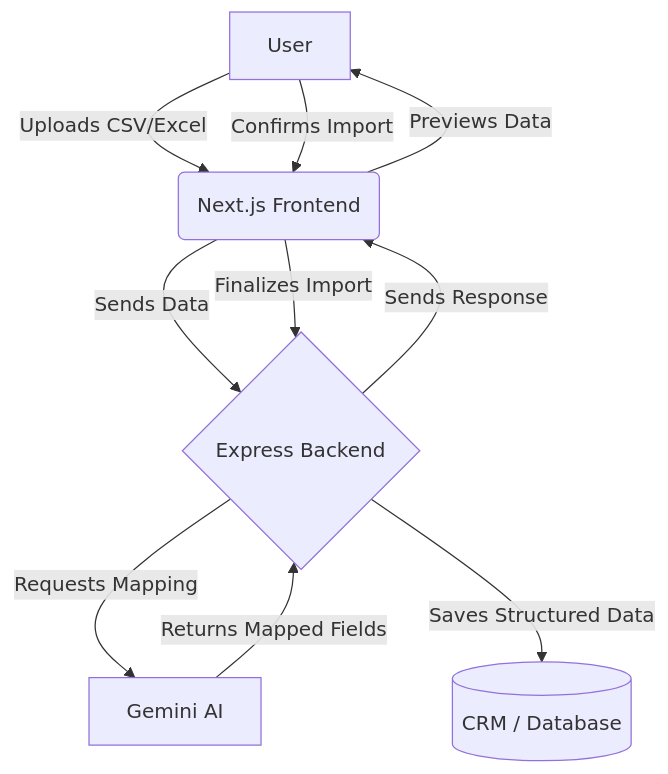
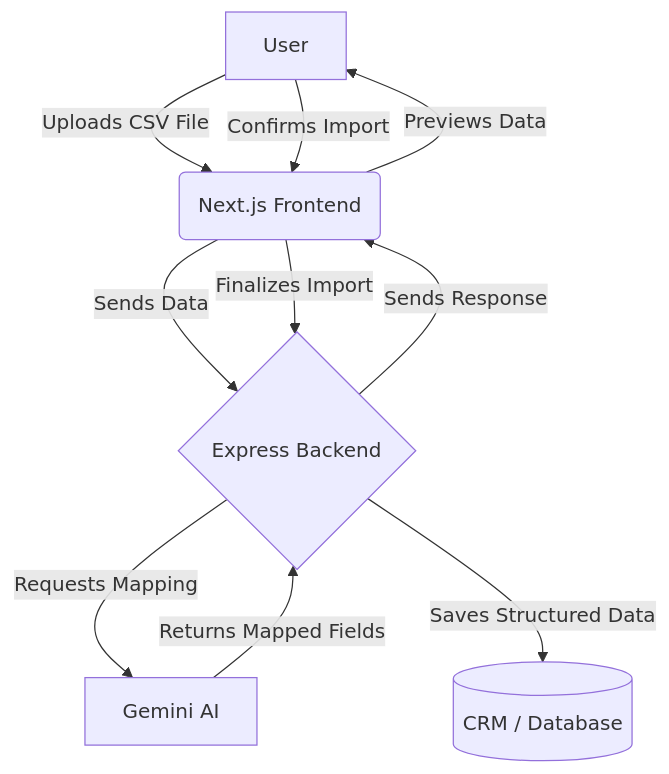
Before and after one commit to Itsvrajpatel/ai-csv-importer: the diagram in README.md, drawn with Mermaid. The commit also changed other lines of this file, not shown here.

````diff
--- a/README.md
+++ b/README.md
@@ -55,12 +88,12 @@
 ```mermaid
 graph TD
-    A[User] -->|Uploads CSV/Excel| B(Next.js Frontend)
+    A[User] -->|Uploads CSV File| B(Next.js Frontend)
     B -->|Sends Data| C{Express Backend}
     C -->|Requests Mapping| D[Gemini AI]
     D -->|Returns Mapped Fields| C
     C -->|Sends Response| B
     B -->|Previews Data| A
     A -->|Confirms Import| B
     B -->|Finalizes Import| C
     C -->|Saves Structured Data| E[(CRM / Database)]
 ```
````
